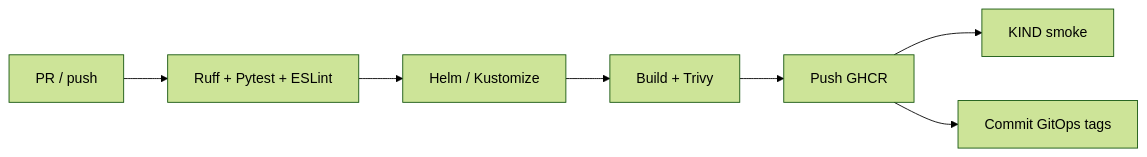
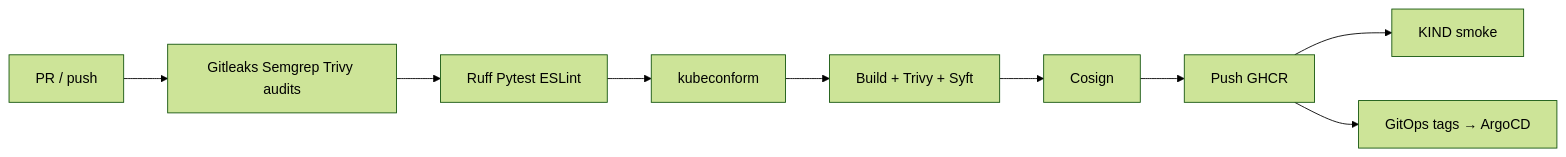
The sixth of 6 diagrams in AI-PLATFORM.md (amaninsa/owasp-juiceshop-chatbot), drawn with Mermaid (forest theme) before and after one commit. The commit also changed other lines of this file and 129 other files, not shown here.

First line of the commit message:
feat(cicd): add enterprise GitOps CI/CD pipelines for GHCR and Argo CD

````diff
--- a/AI-PLATFORM.md
+++ b/AI-PLATFORM.md
@@ -237,9 +244,11 @@
 ```mermaid
 flowchart LR
-  PR[PR / push] --> L[Ruff + Pytest + ESLint]
-  L --> M[Helm / Kustomize]
-  M --> B[Build + Trivy]
-  B --> P[Push GHCR]
+  PR[PR / push] --> S[Gitleaks Semgrep Trivy audits]
+  S --> L[Ruff Pytest ESLint]
+  L --> M[kubeconform]
+  M --> B[Build + Trivy + Syft]
+  B --> C[Cosign]
+  C --> P[Push GHCR]
   P --> K[KIND smoke]
-  P --> G[Commit GitOps tags]
+  P --> G[GitOps tags → ArgoCD]
 ```
````
